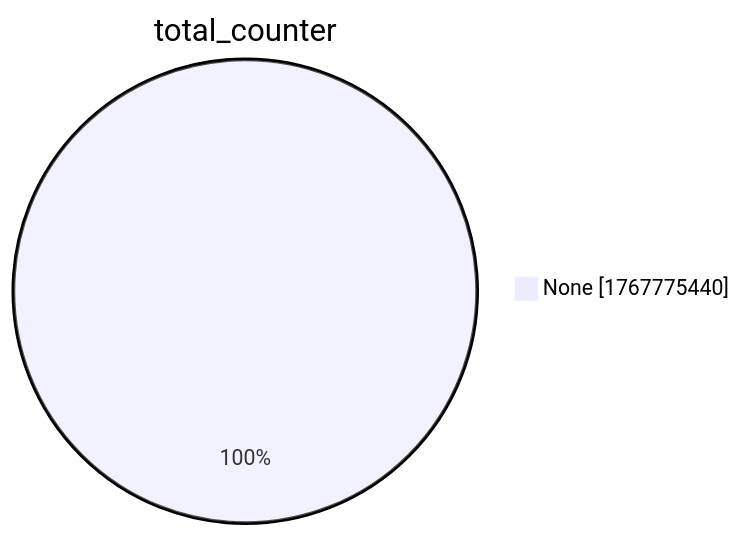
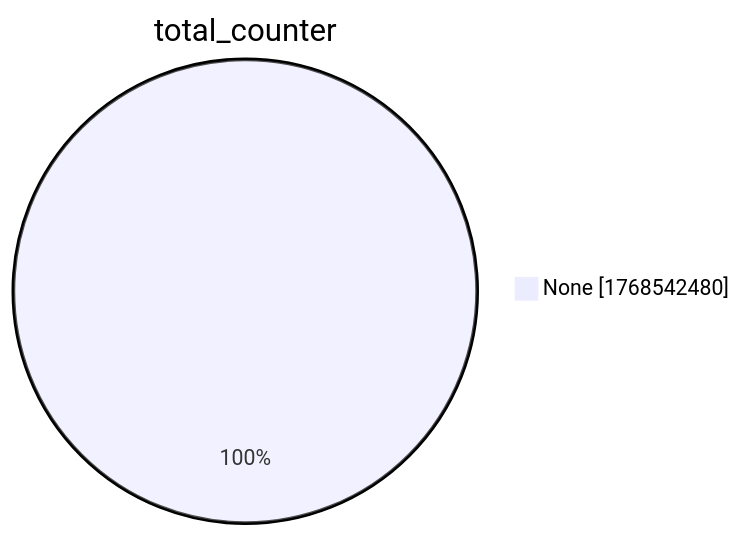
One commit to christiankrug/ctmonitor_visualization changed the second of 15 diagrams in xenon2022/README.md. Above: the diagram before and after it, drawn with Mermaid. The commit also changed other lines of this file, not shown here.

````diff
--- a/xenon2022/README.md
+++ b/xenon2022/README.md
@@ -9,5 +9,5 @@
 ```mermaid
 pie showData
 title total_counter
-"None" :1767775440
+"None" :1768542480
 ```
````
